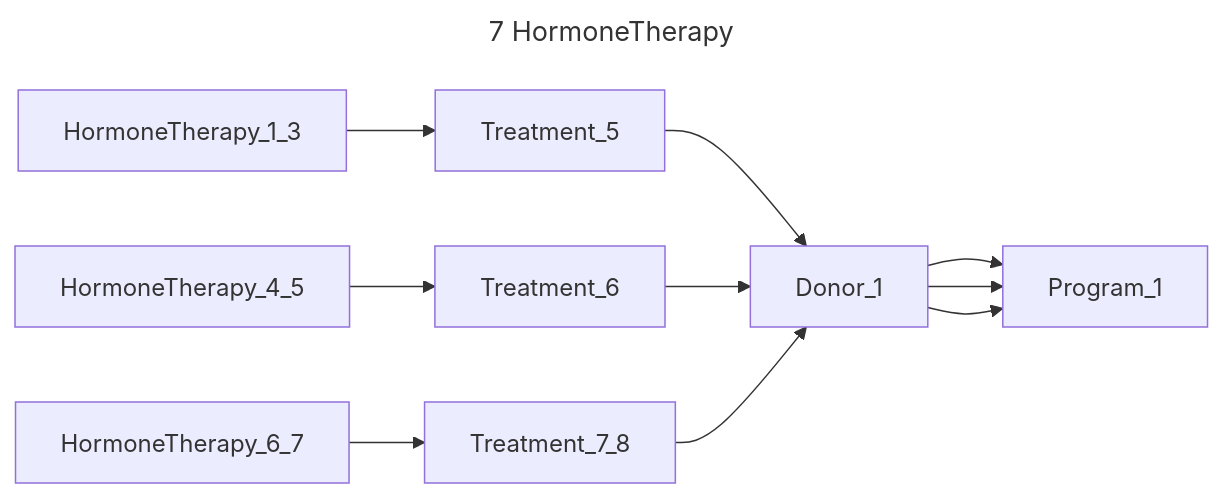
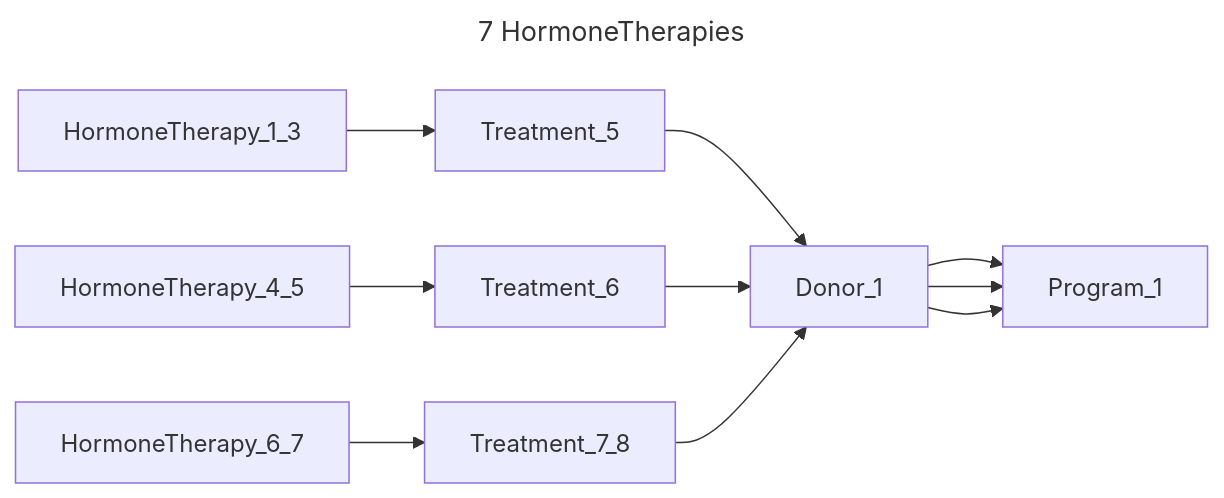
One commit to bento-platform/katsu changed the seventh of 13 diagrams in chord_metadata_service/mohpackets/data/small_dataset/README.md. Above: the diagram before and after it, drawn with Mermaid. The commit also changed other lines of this file, not shown here.

````diff
--- a/chord_metadata_service/mohpackets/data/small_dataset/README.md
+++ b/chord_metadata_service/mohpackets/data/small_dataset/README.md
@@ -193,9 +100,9 @@
 ```mermaid
 ---
-title: 7 HormoneTherapy
+title: 7 HormoneTherapies
 ---
 graph LR;  
   HormoneTherapy_1_3 --> Treatment_5 --> Donor_1 --> Program_1;  
   HormoneTherapy_4_5 --> Treatment_6 --> Donor_1 --> Program_1;  
   HormoneTherapy_6_7 --> Treatment_7_8 --> Donor_1 --> Program_1;
 ```
````
